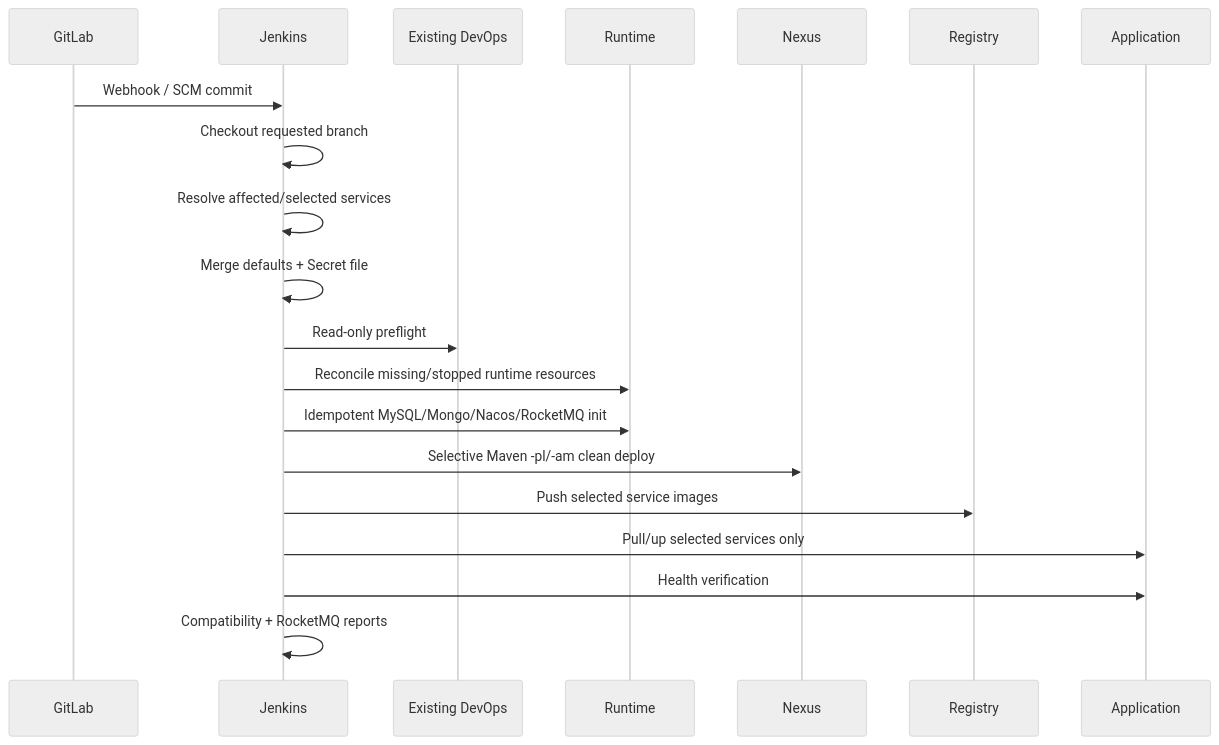
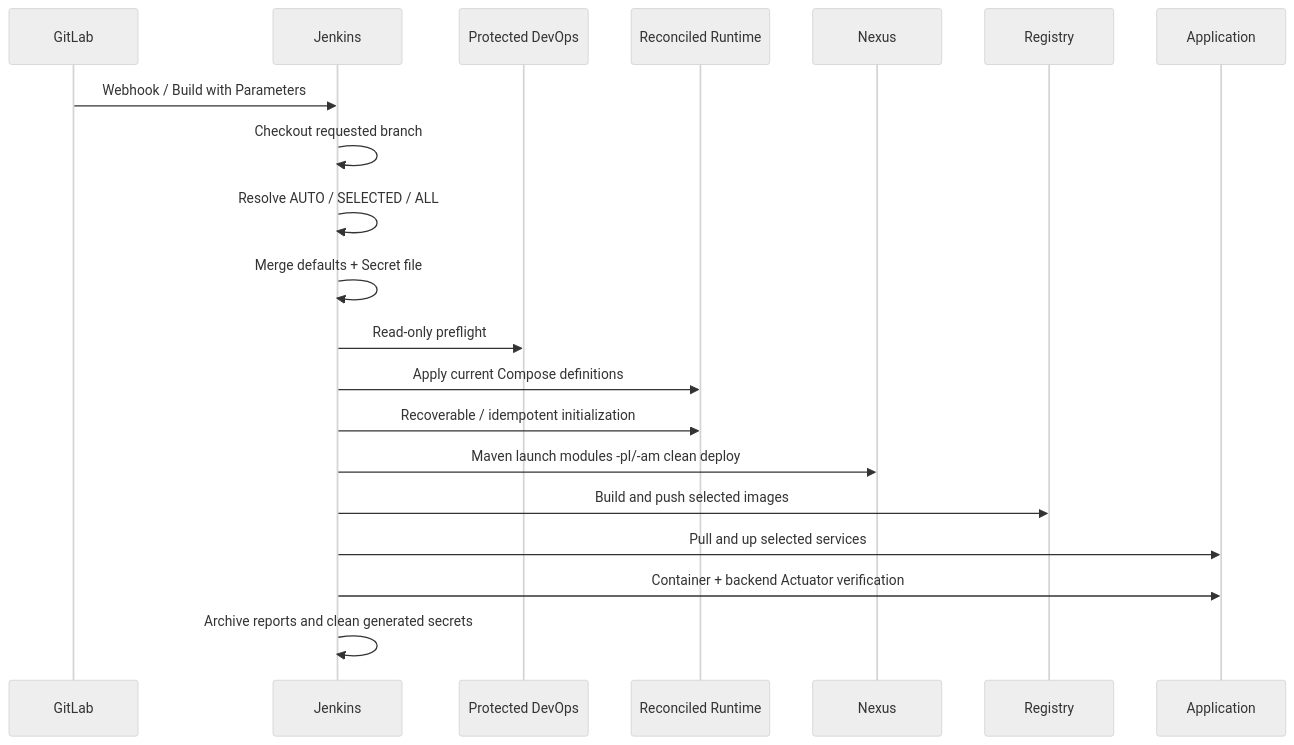
The diagram in deploy-pipline/docs/ci-cd.md (Ryan-Guizhou/peach-cloud), drawn with Mermaid (neutral theme) before and after one commit. The commit also changed other lines of this file and 6 other files, not shown here.

````diff
--- a/deploy-pipline/docs/ci-cd.md
+++ b/deploy-pipline/docs/ci-cd.md
@@ -5,22 +5,23 @@
 ```mermaid
 sequenceDiagram
     participant G as GitLab
     participant J as Jenkins
-    participant D as Existing DevOps
-    participant M as Runtime
+    participant D as Protected DevOps
+    participant M as Reconciled Runtime
     participant N as Nexus
     participant R as Registry
     participant A as Application
-    G->>J: Webhook / SCM commit
+
+    G->>J: Webhook / Build with Parameters
     J->>J: Checkout requested branch
-    J->>J: Resolve affected/selected services
+    J->>J: Resolve AUTO / SELECTED / ALL
     J->>J: Merge defaults + Secret file
     J->>D: Read-only preflight
-    J->>M: Reconcile missing/stopped runtime resources
-    J->>M: Idempotent MySQL/Mongo/Nacos/RocketMQ init
-    J->>N: Selective Maven -pl/-am clean deploy
-    J->>R: Push selected service images
-    J->>A: Pull/up selected services only
-    J->>A: Health verification
-    J->>J: Compatibility + RocketMQ reports
+    J->>M: Apply current Compose definitions
+    J->>M: Recoverable / idempotent initialization
+    J->>N: Maven launch modules -pl/-am clean deploy
+    J->>R: Build and push selected images
+    J->>A: Pull and up selected services
+    J->>A: Container + backend Actuator verification
+    J->>J: Archive reports and clean generated secrets
 ```
````
